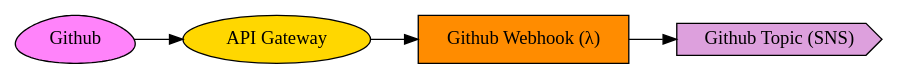
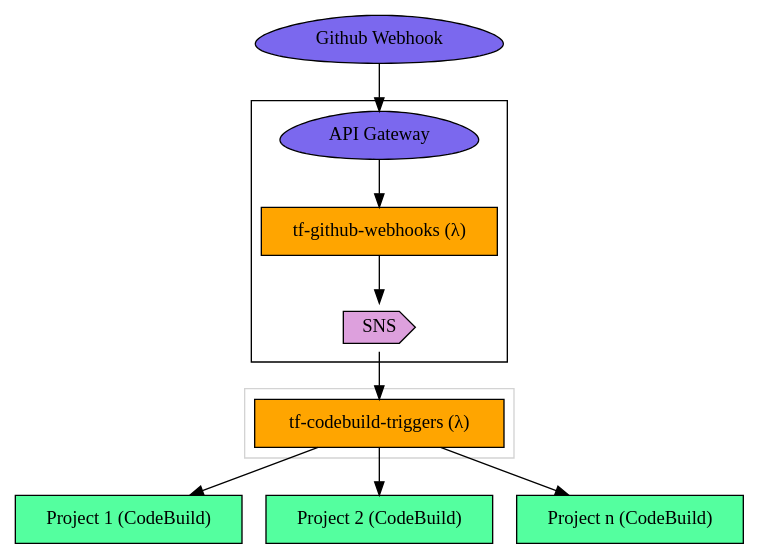
Before and after one commit to BetterWorks/tf-github-webhooks: the diagram in architecture.dot, drawn with Graphviz. The commit also changed 2 other files, not shown here.

```diff
--- a/architecture.dot
+++ b/architecture.dot
@@ -1,11 +1,23 @@
 digraph architecture {
-  rankdir=LR
-  github [label="Github" shape="egg" fillcolor="orchid1" style="filled"]
-  api [label="API Gateway" shape="ellipse" fillcolor="gold" style="filled"]
-  fn [label="Github Webhook (λ)" shape="rect" fillcolor="darkorange" style="filled"]
-  sns [label="Github Topic (SNS)" shape="cds" fillcolor="plum" style="filled"]
+  github [label="Github Webhook" shape="egg" fillcolor="mediumslateblue" style="filled"];
+  cb1 [label="Project 1 (CodeBuild)" shape="rect" fillcolor="seagreen1" style="filled"];
+  cb2 [label="Project 2 (CodeBuild)" shape="rect" fillcolor="seagreen1" style="filled"];
+  cb3 [label="Project n (CodeBuild)" shape="rect" fillcolor="seagreen1" style="filled"];
 
-  github->api
-  api->fn
-  fn->sns
+  subgraph cluster_gw {
+    color="black";
+    api [label="API Gateway" shape="egg" fillcolor="mediumslateblue" style="filled"];
+    gw [label="tf-github-webhooks (λ)" shape="rect" fillcolor="orange" style="filled"];
+    sns [label="SNS" shape="cds" fillcolor="plum" style="filled"];
+    api -> gw -> sns;
+  }
+
+  subgraph cluster_ct {
+    color="lightgrey";
+    ct [label="tf-codebuild-triggers (λ)" shape="rect" fillcolor="orange" style="filled"];
+  }
+
+  github -> api;
+  sns -> ct;
+  ct -> cb1,cb2,cb3;
 }
```
